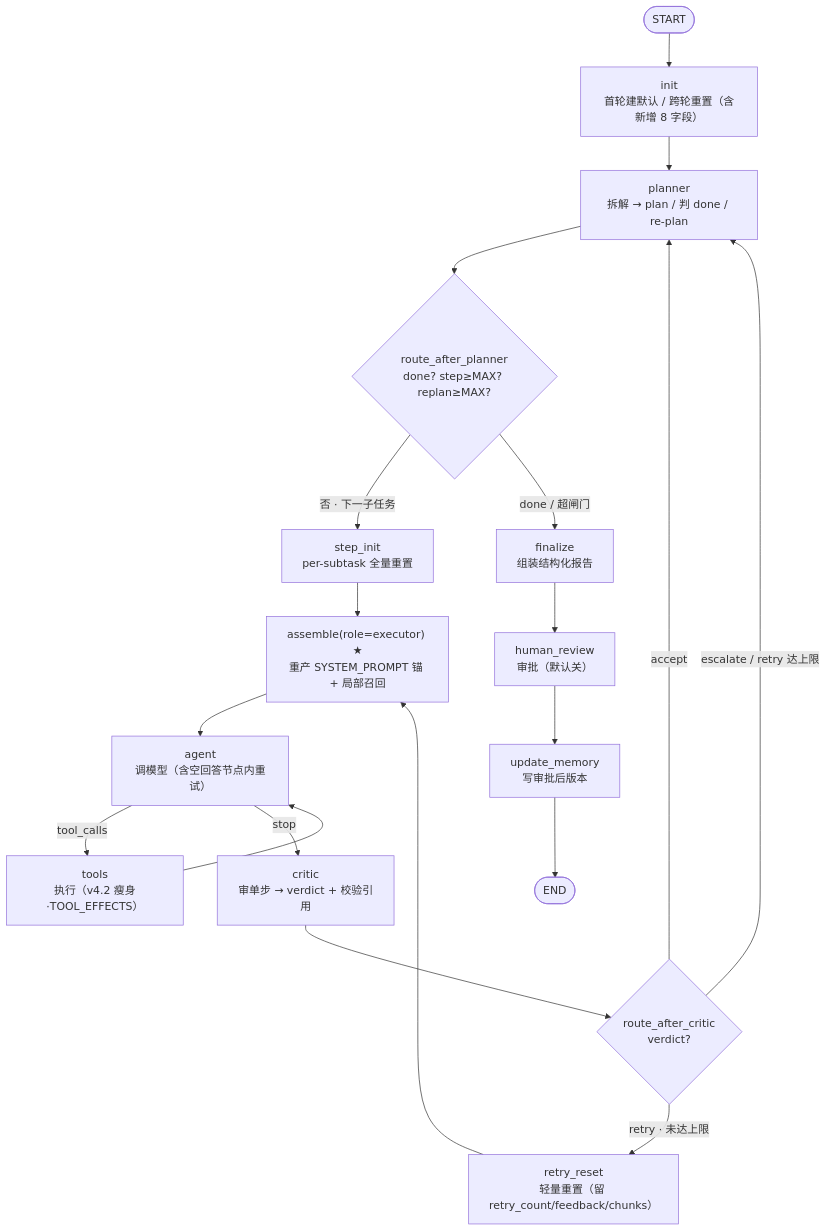
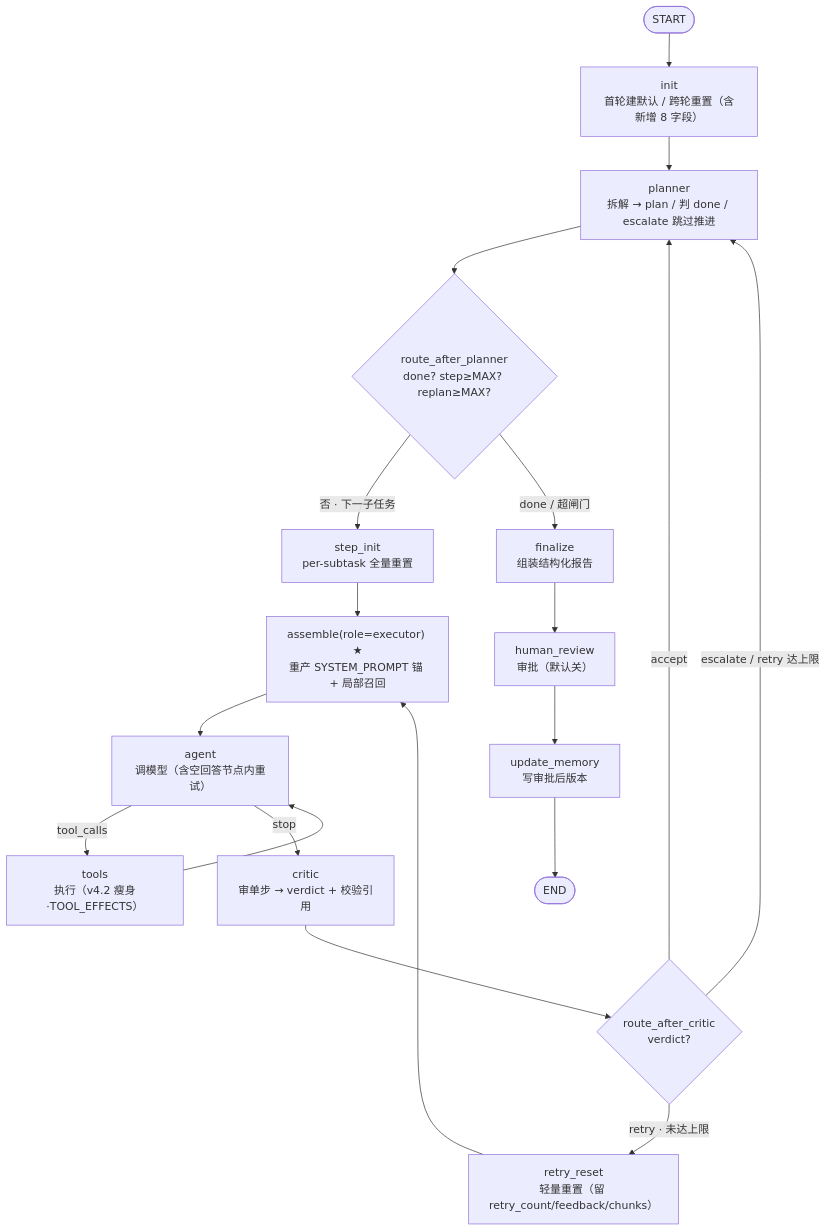
One commit to cczywyc/ai-agent-lab changed the diagram in week_7/docs/第七周设计草稿.md. Above: the diagram before and after it, drawn with Mermaid. The commit also changed other lines of this file and 5 other files, not shown here.

````diff
--- a/week_7/docs/第七周设计草稿.md
+++ b/week_7/docs/第七周设计草稿.md
@@ -137,22 +139,22 @@
 ```mermaid
 flowchart TD
     START([START]) --> init["init<br/>首轮建默认 / 跨轮重置（含新增 8 字段）"]
-    init --> planner["planner<br/>拆解 → plan / 判 done / re-plan"]
+    init --> planner["planner<br/>拆解 → plan / 判 done / escalate 跳过推进"]
     planner --> P{"route_after_planner<br/>done? step≥MAX? replan≥MAX?"}
     P -->|"否 · 下一子任务"| step_init["step_init<br/>per-subtask 全量重置"]
     P -->|"done / 超闸门"| finalize["finalize<br/>组装结构化报告"]
     step_init --> assemble["assemble(role=executor) ★<br/>重产 SYSTEM_PROMPT 锚 + 局部召回"]
     assemble --> agent["agent<br/>调模型（含空回答节点内重试）"]
     agent -->|"tool_calls"| tools["tools<br/>执行（v4.2 瘦身·TOOL_EFFECTS）"]
     agent -->|"stop"| critic
     tools --> agent
     critic["critic<br/>审单步 → verdict + 校验引用"]
     critic --> C{"route_after_critic<br/>verdict?"}
     C -->|"accept"| planner
     C -->|"retry · 未达上限"| retry_reset["retry_reset<br/>轻量重置（留 retry_count/feedback/chunks）"]
     C -->|"escalate / retry 达上限"| planner
     retry_reset --> assemble
     finalize --> review["human_review<br/>审批（默认关）"]
     review --> update["update_memory<br/>写审批后版本"]
     update --> END([END])
 ```
````
